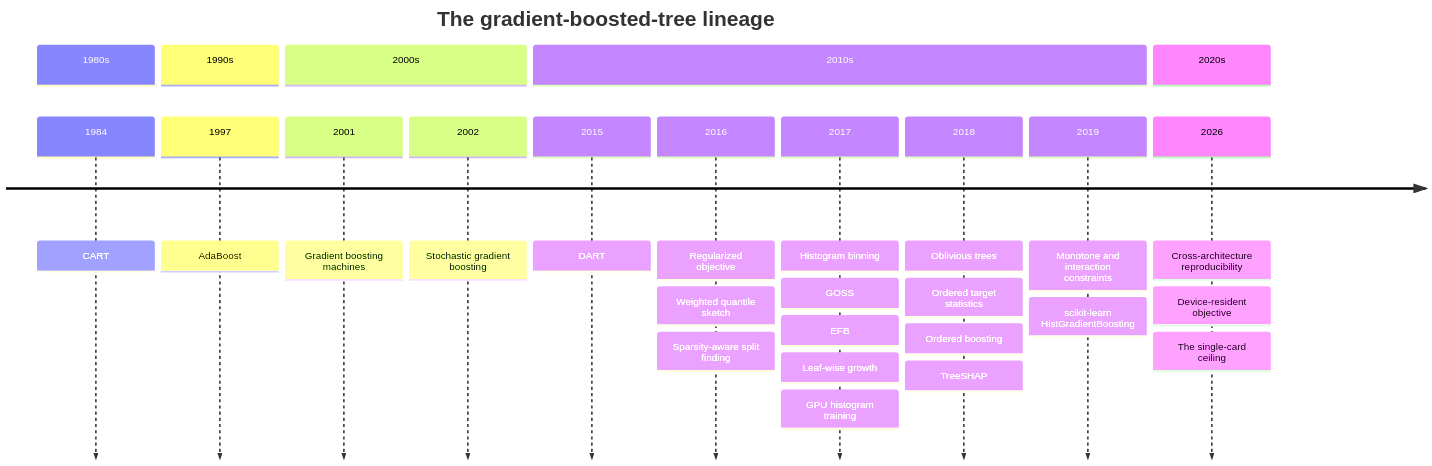
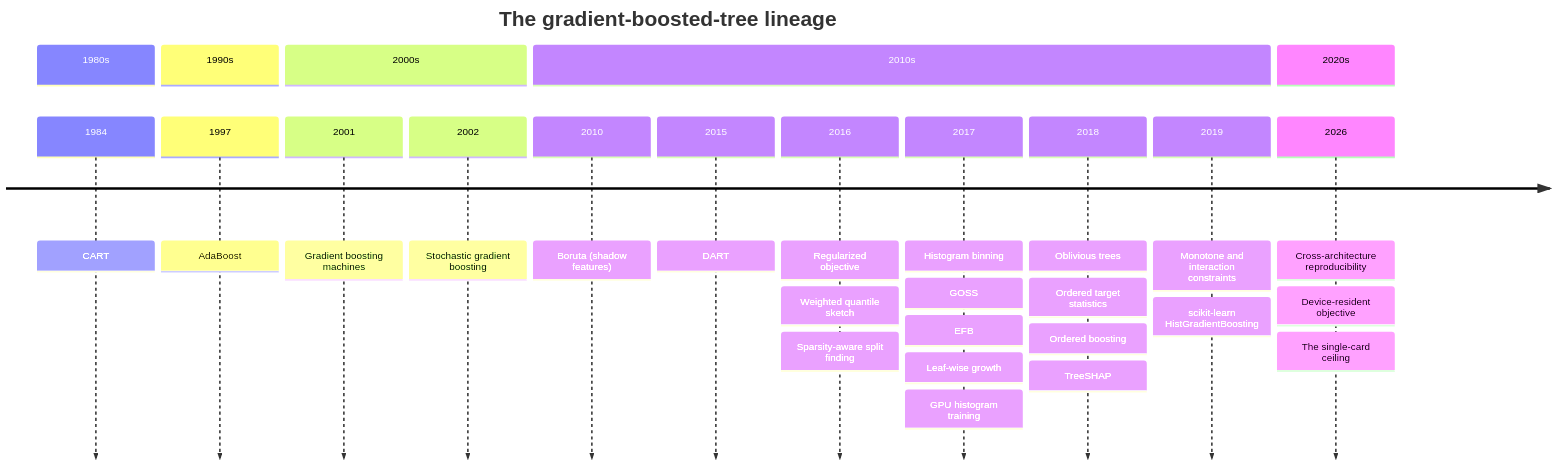
The diagram in docs/learn/timeline.md (daniel-m-campos/bonsai), drawn with Mermaid before and after one commit. The commit also changed other lines of this file and 5 other files, not shown here.

````diff
--- a/docs/learn/timeline.md
+++ b/docs/learn/timeline.md
@@ -11,19 +11,20 @@
 ```mermaid
 timeline
     title The gradient-boosted-tree lineage
     section 1980s
         1984 : CART
     section 1990s
         1997 : AdaBoost
     section 2000s
         2001 : Gradient boosting machines
         2002 : Stochastic gradient boosting
     section 2010s
+        2010 : Boruta (shadow features)
         2015 : DART
         2016 : Regularized objective : Weighted quantile sketch : Sparsity-aware split finding
         2017 : Histogram binning : GOSS : EFB : Leaf-wise growth : GPU histogram training
         2018 : Oblivious trees : Ordered target statistics : Ordered boosting : TreeSHAP
         2019 : Monotone and interaction constraints : scikit-learn HistGradientBoosting
     section 2020s
         2026 : Cross-architecture reproducibility : Device-resident objective : The single-card ceiling
 ```
````
